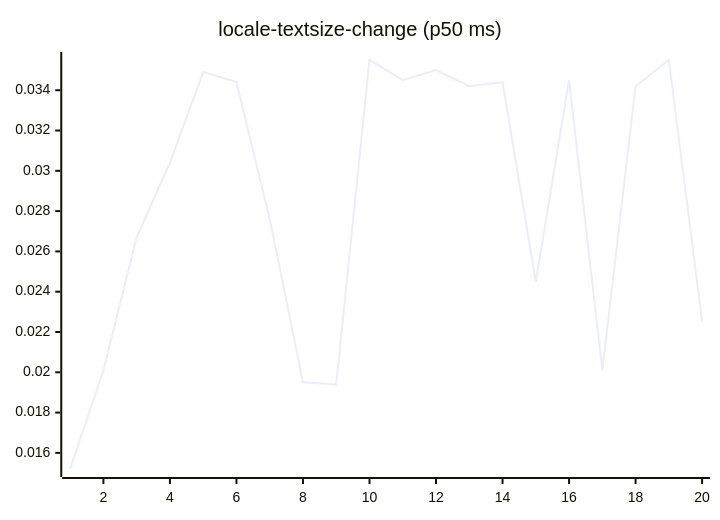
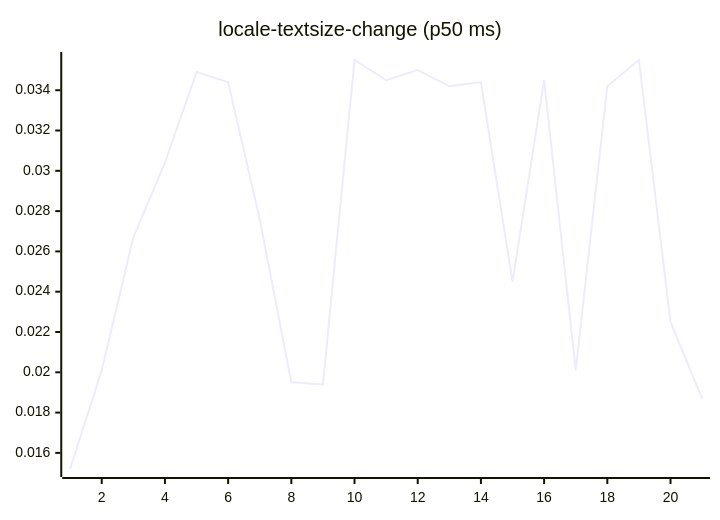
Diagram 13 of 27 in README.md (josha/Facet), drawn with Mermaid before and after one commit. The commit also changed other lines of this file and 2 other files, not shown here.

````diff
--- a/README.md
+++ b/README.md
@@ -147,6 +147,6 @@
 ```mermaid
 xychart-beta
     title "locale-textsize-change (p50 ms)"
-    x-axis 1 --> 20
-    line [0.0152, 0.0201, 0.0267, 0.0304, 0.0349, 0.0344, 0.0276, 0.0195, 0.0194, 0.0355, 0.0345, 0.0350, 0.0342, 0.0344, 0.0245, 0.0345, 0.0201, 0.0342, 0.0355, 0.0225]
+    x-axis 1 --> 21
+    line [0.0152, 0.0201, 0.0267, 0.0304, 0.0349, 0.0344, 0.0276, 0.0195, 0.0194, 0.0355, 0.0345, 0.0350, 0.0342, 0.0344, 0.0245, 0.0345, 0.0201, 0.0342, 0.0355, 0.0225, 0.0187]
 ```
````
